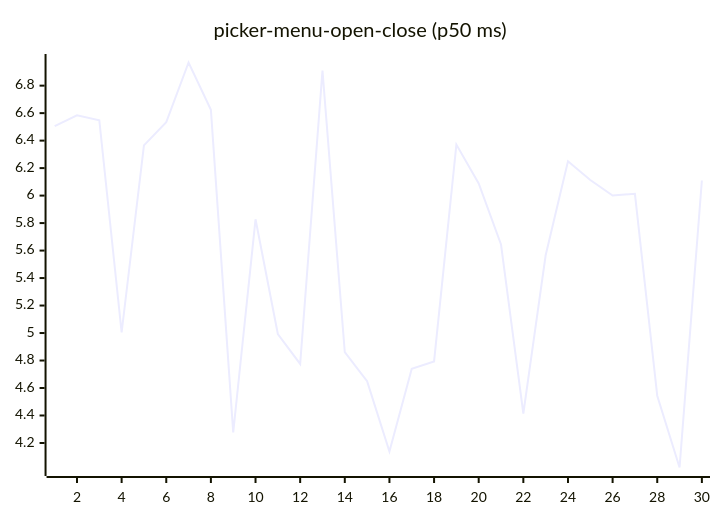
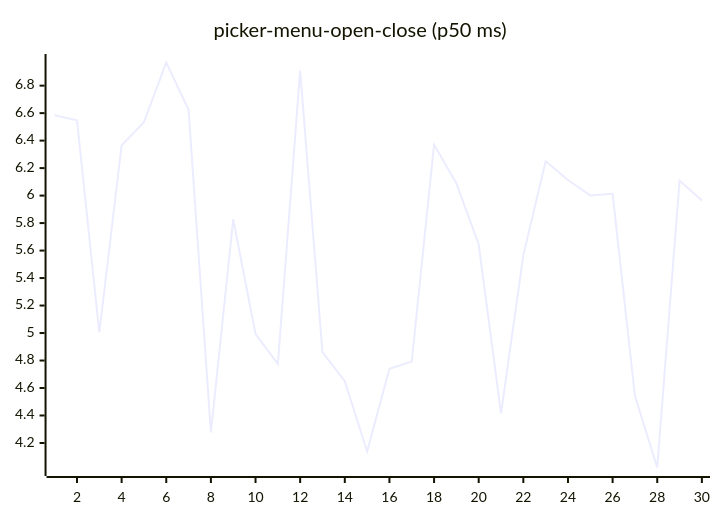
Diagram 16 of 27 in README.md (josha/Facet), drawn with Mermaid before and after one commit. The commit also changed other lines of this file and 2 other files, not shown here.

````diff
--- a/README.md
+++ b/README.md
@@ -168,6 +168,6 @@
 ```mermaid
 xychart-beta
     title "picker-menu-open-close (p50 ms)"
     x-axis 1 --> 30
-    line [6.5053, 6.5840, 6.5483, 5.0039, 6.3653, 6.5343, 6.9684, 6.6249, 4.2762, 5.8275, 4.9929, 4.7749, 6.9094, 4.8605, 4.6493, 4.1383, 4.7397, 4.7934, 6.3713, 6.0885, 5.6440, 4.4145, 5.5656, 6.2500, 6.1133, 6.0006, 6.0128, 4.5439, 4.0216, 6.1100]
+    line [6.5840, 6.5483, 5.0039, 6.3653, 6.5343, 6.9684, 6.6249, 4.2762, 5.8275, 4.9929, 4.7749, 6.9094, 4.8605, 4.6493, 4.1383, 4.7397, 4.7934, 6.3713, 6.0885, 5.6440, 4.4145, 5.5656, 6.2500, 6.1133, 6.0006, 6.0128, 4.5439, 4.0216, 6.1100, 5.9646]
 ```
````
